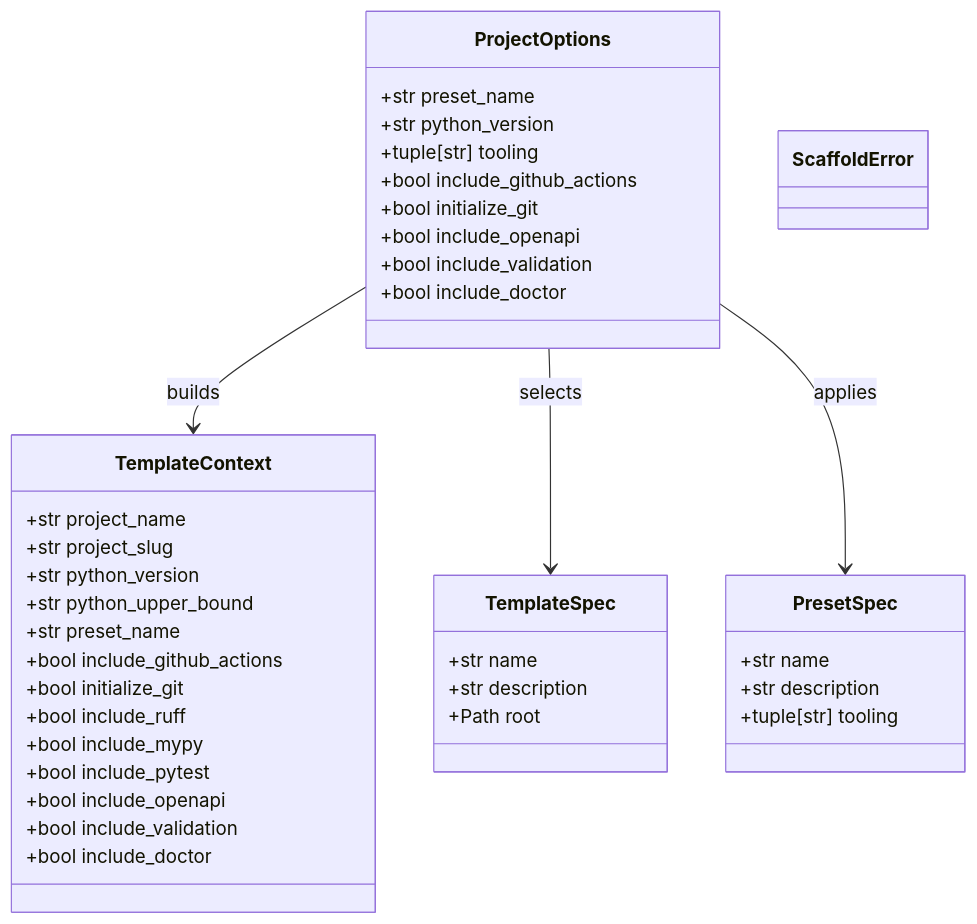
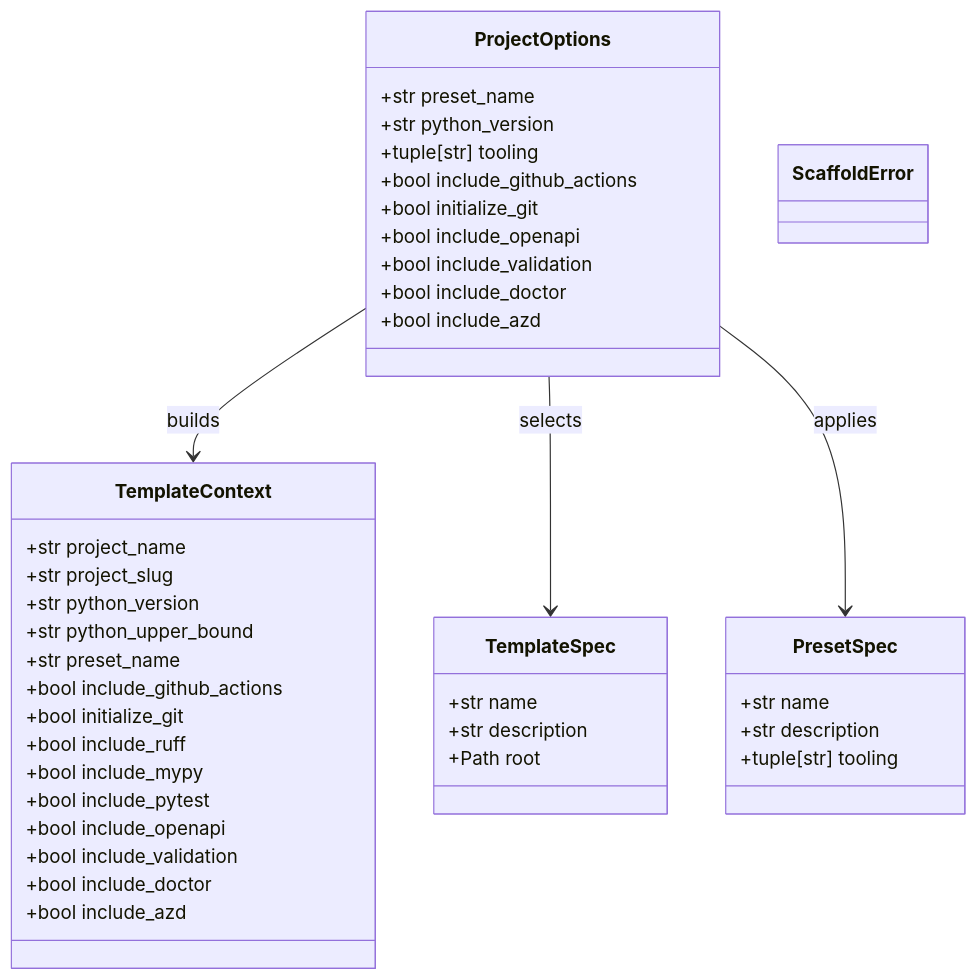
The fourth of 4 diagrams in docs/reference/architecture.md (yeongseon/azure-functions-scaffold-python), drawn with Mermaid before and after one commit. The commit also changed other lines of this file and 1 other file, not shown here.

First line of the commit message:
docs(reference): document include_azd and fix deprecated afs add flow

````diff
--- a/docs/reference/architecture.md
+++ b/docs/reference/architecture.md
@@ -161,44 +161,46 @@
 ```mermaid
 classDiagram
     class ProjectOptions {
         +str preset_name
         +str python_version
         +tuple[str] tooling
         +bool include_github_actions
         +bool initialize_git
         +bool include_openapi
         +bool include_validation
         +bool include_doctor
+        +bool include_azd
     }
     class TemplateContext {
         +str project_name
         +str project_slug
         +str python_version
         +str python_upper_bound
         +str preset_name
         +bool include_github_actions
         +bool initialize_git
         +bool include_ruff
         +bool include_mypy
         +bool include_pytest
         +bool include_openapi
         +bool include_validation
         +bool include_doctor
+        +bool include_azd
     }
     class TemplateSpec {
         +str name
         +str description
         +Path root
     }
     class PresetSpec {
         +str name
         +str description
         +tuple[str] tooling
     }
     class ScaffoldError {
     }
 
     ProjectOptions --> TemplateContext : builds
     ProjectOptions --> TemplateSpec : selects
     ProjectOptions --> PresetSpec : applies
 ```
````
